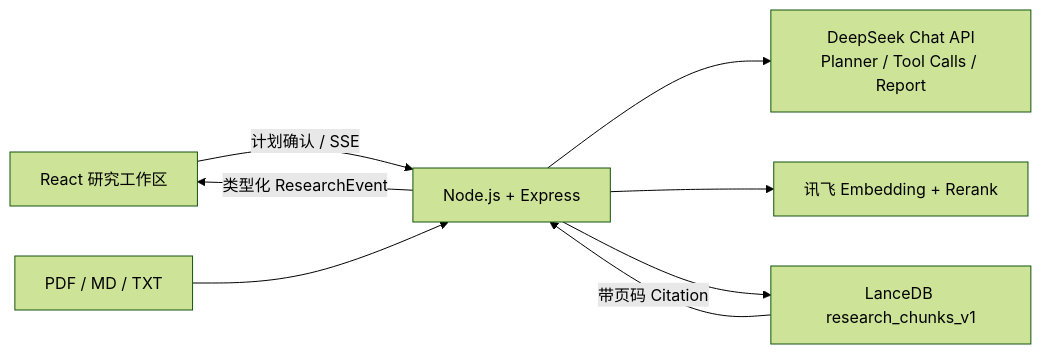
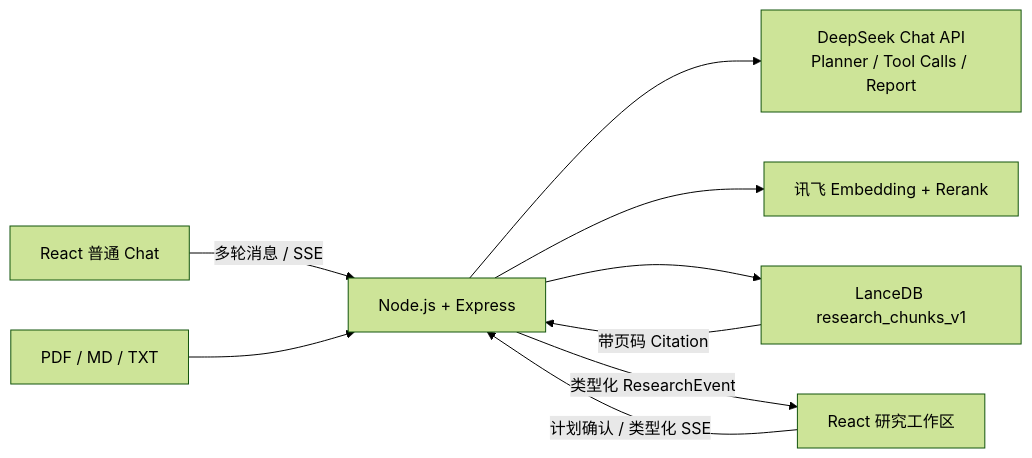
One commit to 12SA3/research-agent changed the diagram in README.md. Above: the diagram before and after it, drawn with Mermaid (forest theme). The commit also changed other lines of this file and 12 other files, not shown here.

````diff
--- a/README.md
+++ b/README.md
@@ -16,10 +17,11 @@
 ```mermaid
 flowchart LR
-  UI["React 研究工作区"] -->|"计划确认 / SSE"| API["Node.js + Express"]
+  CHAT["React 普通 Chat"] -->|"多轮消息 / SSE"| API["Node.js + Express"]
+  UI["React 研究工作区"] -->|"计划确认 / 类型化 SSE"| API
   API --> DS["DeepSeek Chat API\nPlanner / Tool Calls / Report"]
   API --> XF["讯飞 Embedding + Rerank"]
   API --> LD["LanceDB research_chunks_v1"]
   DOC["PDF / MD / TXT"] --> API
   LD -->|"带页码 Citation"| API
   API -->|"类型化 ResearchEvent"| UI
 ```
````
